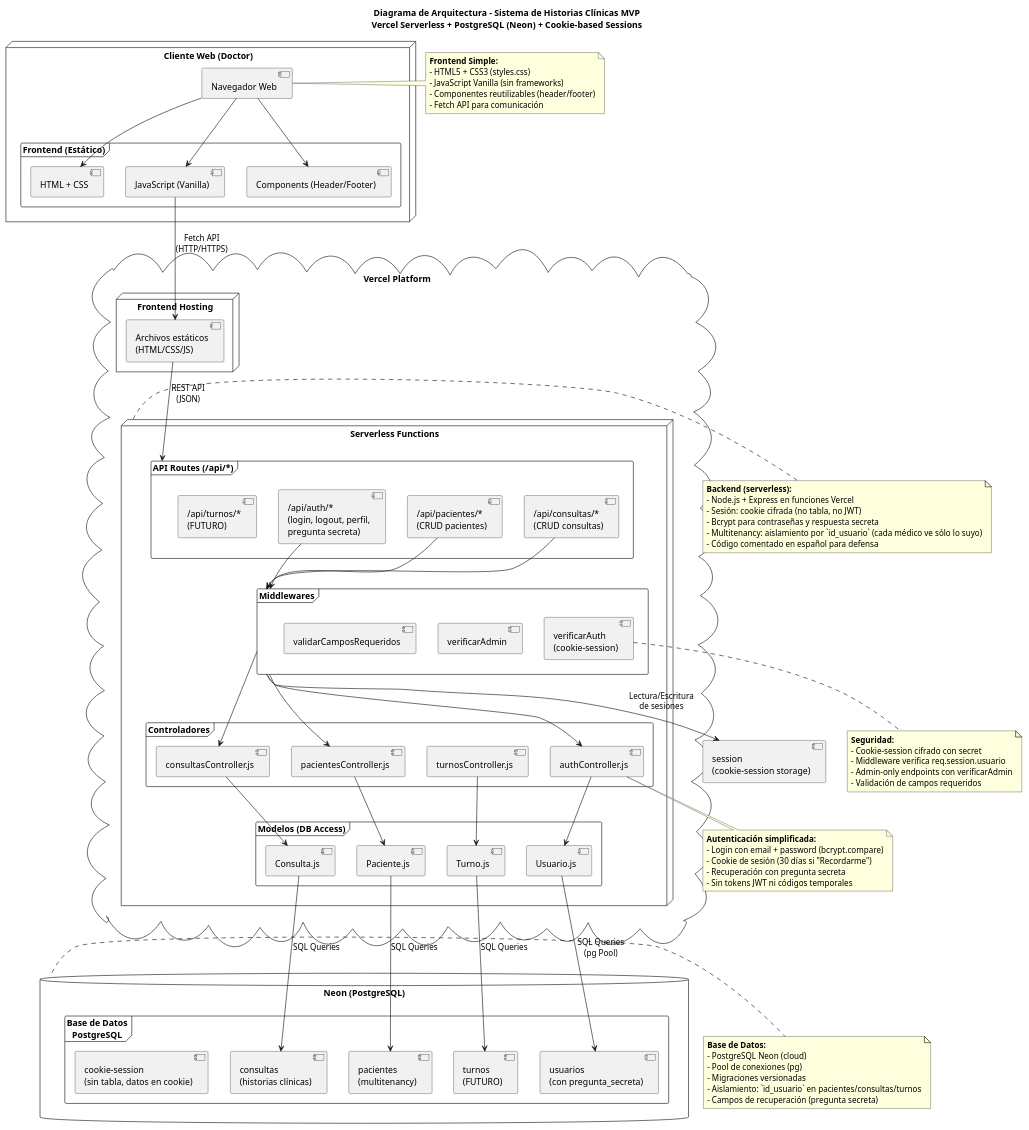
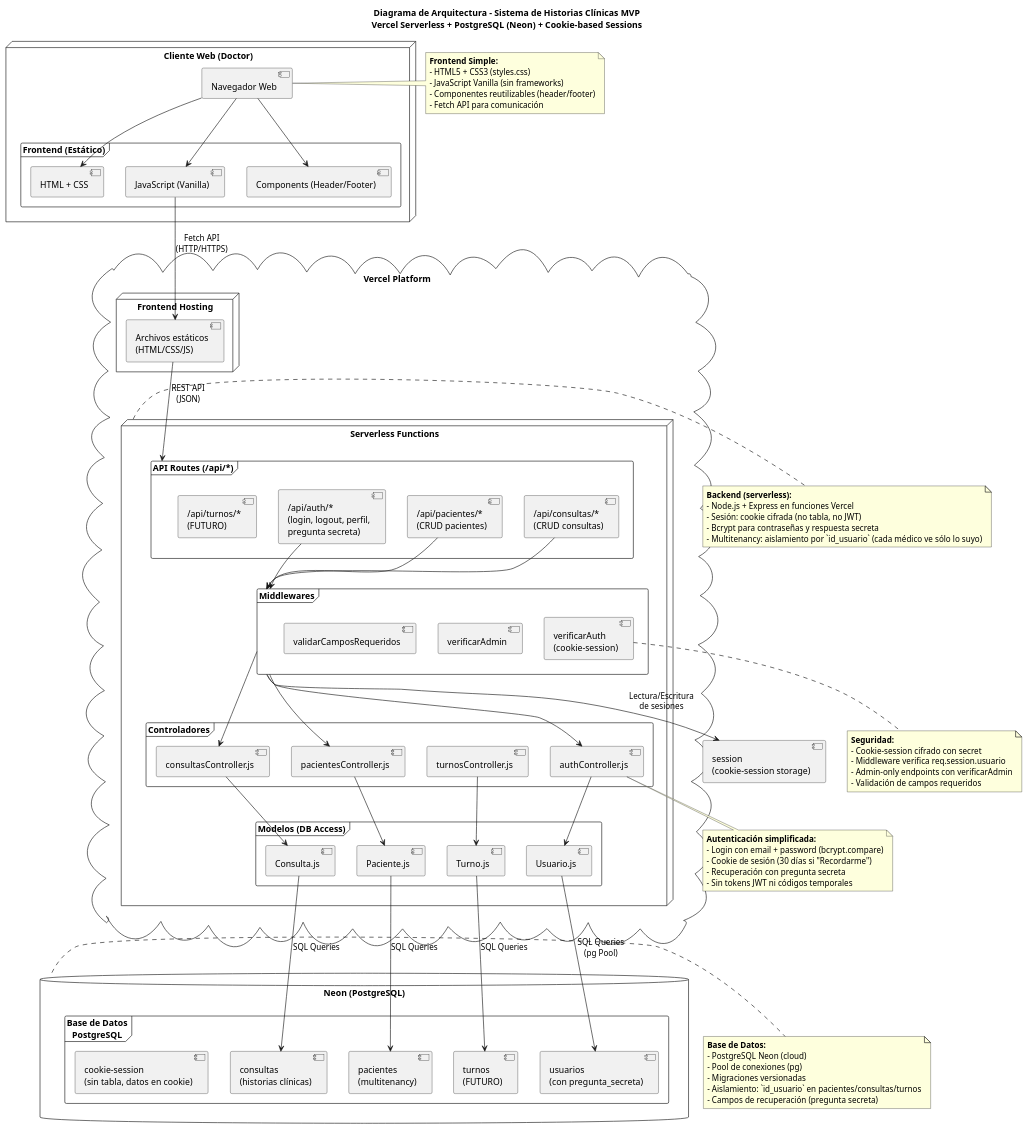
The diagram in docs/Arquitectura.puml (marcostoledo96/mvp_historias-clinicas), drawn with PlantUML before and after one commit. The commit also changed 4 other files, not shown here.

```diff
--- a/docs/Arquitectura.puml
+++ b/docs/Arquitectura.puml
@@ -1,137 +1,136 @@
 @startuml
 title
   Diagrama de Arquitectura - Sistema de Historias Clínicas MVP
   Vercel Serverless + PostgreSQL (Neon) + Cookie-based Sessions
 end title
 
 ' --- CLIENTE ---
 node "Cliente Web (Doctor)" {
   [Navegador Web]
   
   frame "Frontend (Estático)" {
     [HTML + CSS]
     [JavaScript (Vanilla)]
     [Components (Header/Footer)]
   }
   
   [Navegador Web] --> [HTML + CSS]
   [Navegador Web] --> [JavaScript (Vanilla)]
   [Navegador Web] --> [Components (Header/Footer)]
 }
 
 ' --- VERCEL SERVERLESS ---
 cloud "Vercel Platform" {
   
   node "Frontend Hosting" {
     [Archivos estáticos\n(HTML/CSS/JS)]
   }
   
   node "Serverless Functions" {
     frame "API Routes (/api/*)" {
       [/api/auth/*\n(login, logout, perfil,\npregunta secreta)]
       [/api/pacientes/*\n(CRUD pacientes)]
       [/api/consultas/*\n(CRUD consultas)]
       [/api/turnos/*\n(FUTURO)]
     }
     
     frame "Controladores" {
       [authController.js]
       [pacientesController.js]
       [consultasController.js]
       [turnosController.js]
     }
     
     frame "Middlewares" {
       [verificarAuth\n(cookie-session)]
       [verificarAdmin]
       [validarCamposRequeridos]
     }
     
     frame "Modelos (DB Access)" {
       [Usuario.js]
       [Paciente.js]
       [Consulta.js]
       [Turno.js]
     }
     
     [/api/auth/*\n(login, logout, perfil,\npregunta secreta)] --> [Middlewares]
     [/api/pacientes/*\n(CRUD pacientes)] --> [Middlewares]
     [/api/consultas/*\n(CRUD consultas)] --> [Middlewares]
     
     [Middlewares] --> [authController.js]
     [Middlewares] --> [pacientesController.js]
     [Middlewares] --> [consultasController.js]
     
     [authController.js] --> [Usuario.js]
     [pacientesController.js] --> [Paciente.js]
     [consultasController.js] --> [Consulta.js]
     [turnosController.js] --> [Turno.js]
   }
 }
 
 ' --- NEON DATABASE ---
 database "Neon (PostgreSQL)" {
   frame "Base de Datos\nPostgreSQL" {
     [usuarios\n(con pregunta_secreta)]
     [pacientes\n(multitenancy)]
     [consultas\n(historias clínicas)]
     [turnos\n(FUTURO)]
     [cookie-session\n(sin tabla, datos en cookie)]
   }
 }
 
 ' --- CONEXIONES ---
 [JavaScript (Vanilla)] --> [Archivos estáticos\n(HTML/CSS/JS)] : Fetch API\n(HTTP/HTTPS)
 [Archivos estáticos\n(HTML/CSS/JS)] --> [API Routes (/api/*)] : REST API\n(JSON)
 
 [Usuario.js] --> [usuarios\n(con pregunta_secreta)] : SQL Queries\n(pg Pool)
 [Paciente.js] --> [pacientes\n(multitenancy)] : SQL Queries
 [Consulta.js] --> [consultas\n(historias clínicas)] : SQL Queries
 [Turno.js] --> [turnos\n(FUTURO)] : SQL Queries
 
 [Middlewares] --> [session\n(cookie-session storage)] : Lectura/Escritura\nde sesiones
 
 ' --- NOTAS ---
 note right of [Navegador Web]
   **Frontend Simple:**
   - HTML5 + CSS3 (styles.css)
   - JavaScript Vanilla (sin frameworks)
   - Componentes reutilizables (header/footer)
   - Fetch API para comunicación
 end note
 
 note right of [Serverless Functions]
   **Backend (serverless):**
   - Node.js + Express en funciones Vercel
   - Sesión: cookie cifrada (no tabla, no JWT)
   - Bcrypt para contraseñas y respuesta secreta
   - Multitenancy: aislamiento por `id_usuario` (cada médico ve sólo lo suyo)
-  - Código comentado en español para defensa
 end note
 
 note right of [Neon (PostgreSQL)]
   **Base de Datos:**
   - PostgreSQL Neon (cloud)
   - Pool de conexiones (pg)
   - Migraciones versionadas
   - Aislamiento: `id_usuario` en pacientes/consultas/turnos
   - Campos de recuperación (pregunta secreta)
 end note
 
 note bottom of [authController.js]
   **Autenticación simplificada:**
   - Login con email + password (bcrypt.compare)
   - Cookie de sesión (30 días si "Recordarme")
   - Recuperación con pregunta secreta
   - Sin tokens JWT ni códigos temporales
 end note
 
 note bottom of [verificarAuth\n(cookie-session)]
   **Seguridad:**
   - Cookie-session cifrado con secret
   - Middleware verifica req.session.usuario
   - Admin-only endpoints con verificarAdmin
   - Validación de campos requeridos
 end note
 
 @enduml
```
